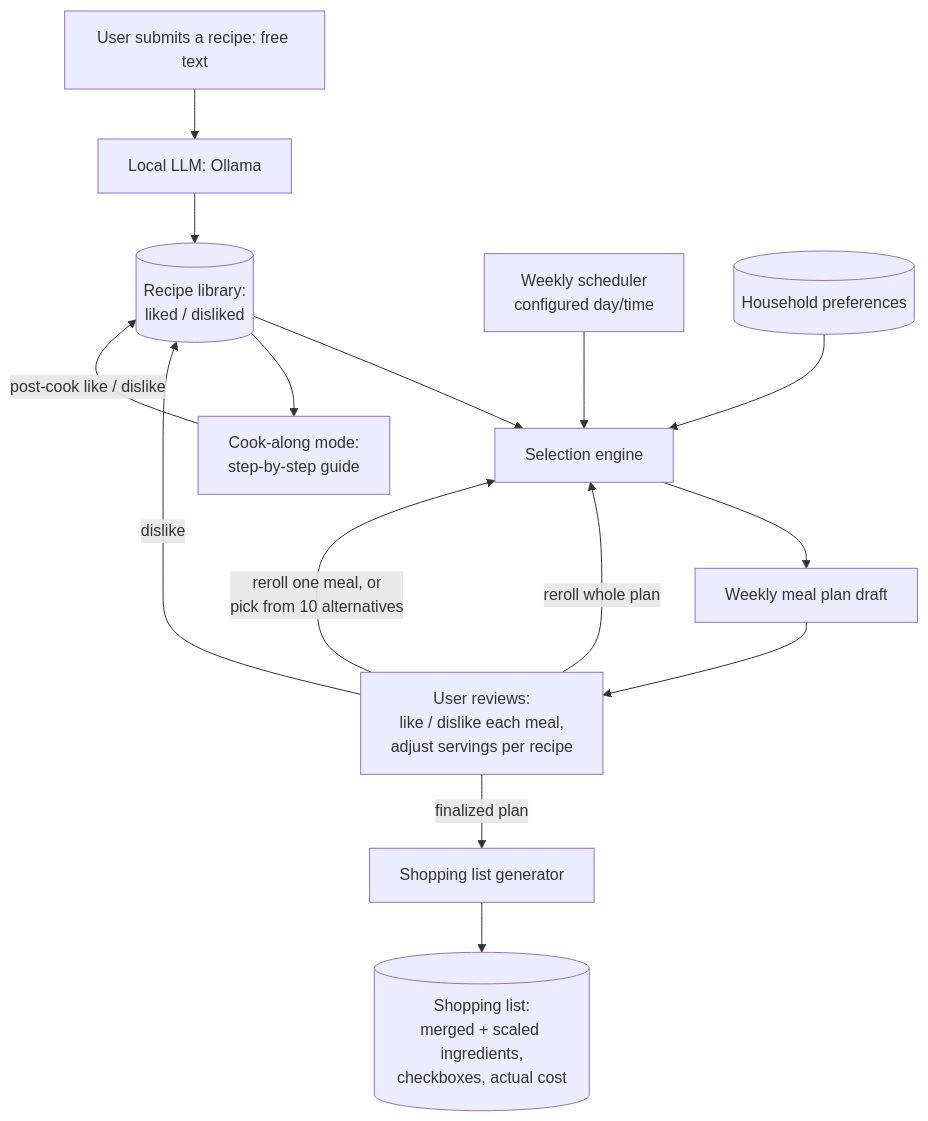
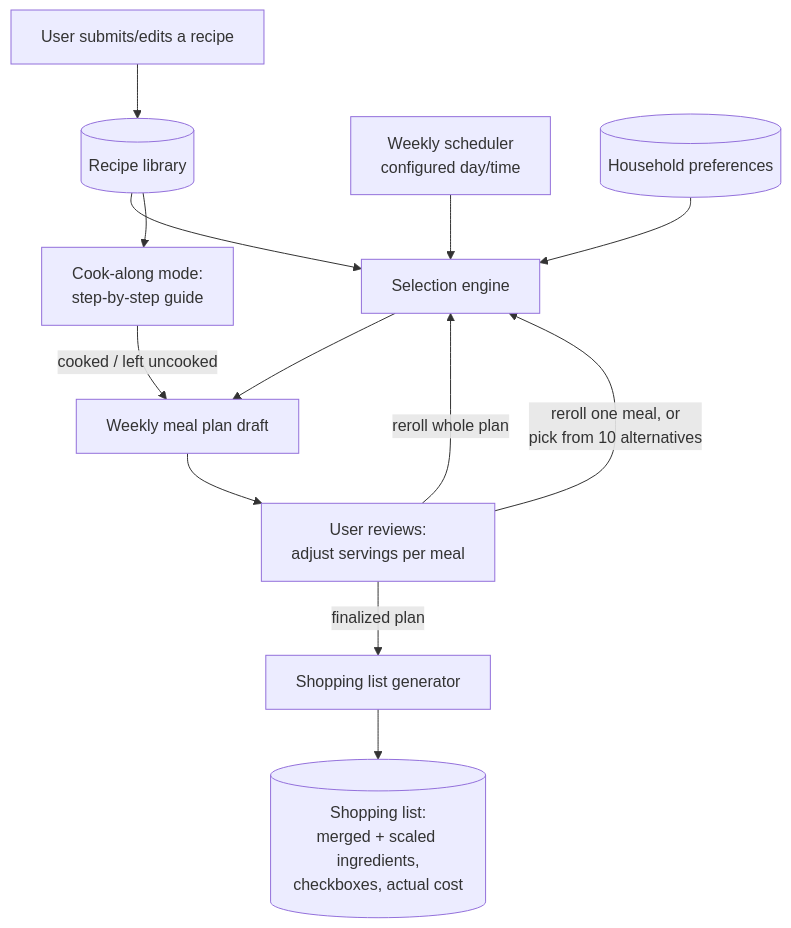
Before and after one commit to dfluxcbf/little-meals: the diagram in docs/design.md, drawn with Mermaid. The commit also changed other lines of this file and 42 other files, not shown here.

````diff
--- a/docs/design.md
+++ b/docs/design.md
@@ -68,20 +65,18 @@
 ```mermaid
 flowchart TD
-    U[User submits a recipe: free text] --> L[Local LLM: Ollama]
-    L --> R[(Recipe library:\nliked / disliked)]
+    U[User submits/edits a recipe] --> R[(Recipe library)]
 
     S[Weekly scheduler\nconfigured day/time] --> E[Selection engine]
     R --> E
     P[(Household preferences)] --> E
     E --> M[Weekly meal plan draft]
 
-    M --> UF[User reviews:\nlike / dislike each meal,\nadjust servings per recipe]
-    UF -->|dislike| R
+    M --> UF[User reviews:\nadjust servings per meal]
     UF -->|reroll whole plan| E
     UF -->|reroll one meal, or\npick from 10 alternatives| E
     UF -->|finalized plan| SL[Shopping list generator]
     SL --> SLI[(Shopping list:\nmerged + scaled ingredients,\ncheckboxes, actual cost)]
 
     R --> CK[Cook-along mode:\nstep-by-step guide]
-    CK -->|post-cook like / dislike| R
+    CK -->|cooked / left uncooked| M
 ```
````
